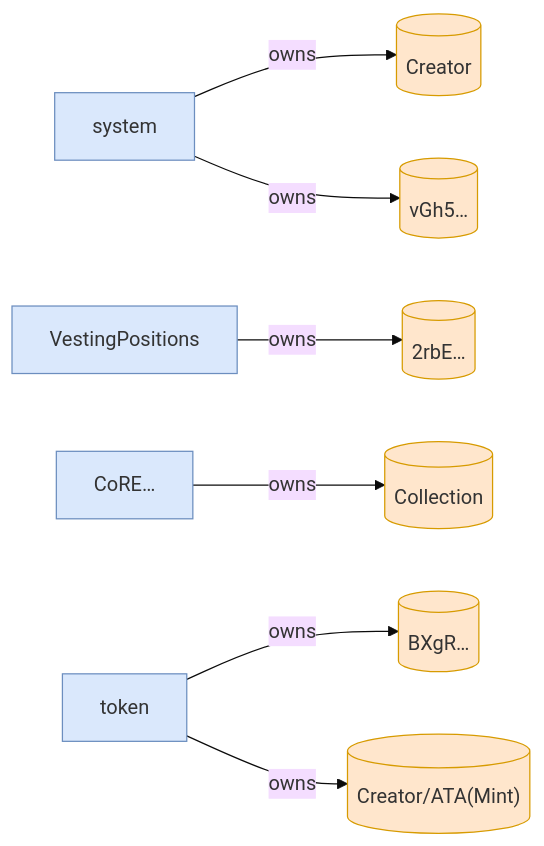
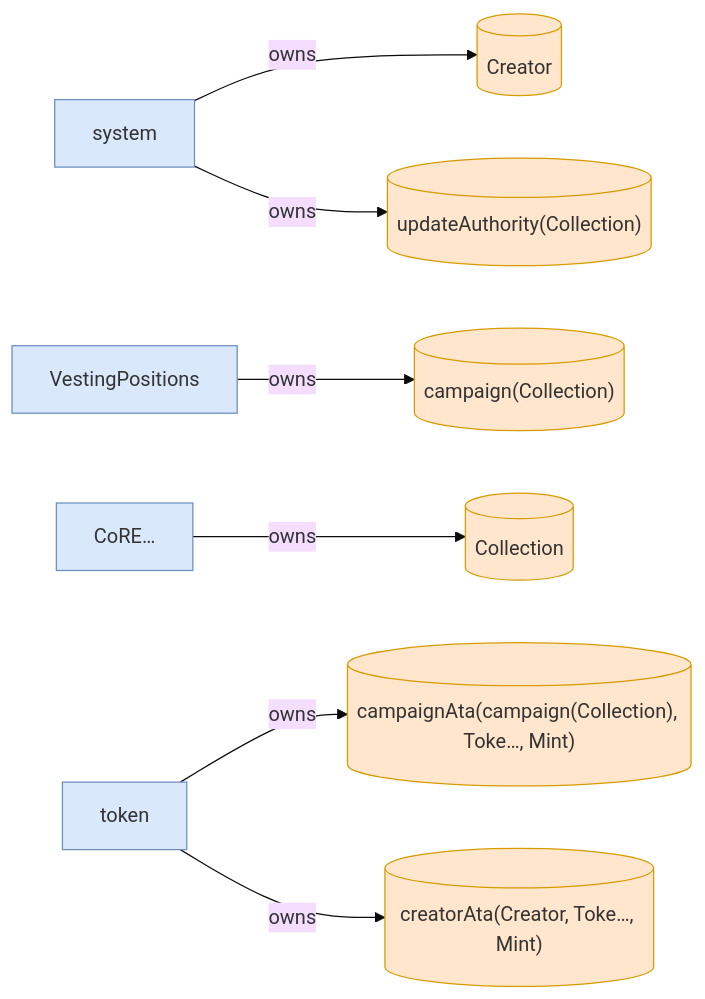
Before and after one commit to cds-turbin3/vesting-position: the ninth of 9 diagrams in babelfish-tests/test-report/cancel_campaign_fails_after_first_claim.md, drawn with Mermaid (base theme). The commit also changed other lines of this file and 51 other files, not shown here.

````diff
--- a/babelfish-tests/test-report/cancel_campaign_fails_after_first_claim.md
+++ b/babelfish-tests/test-report/cancel_campaign_fails_after_first_claim.md
@@ -421,22 +373,22 @@
 ```mermaid
 flowchart LR
     system["system"]:::program
     Creator[("Creator")]:::state
     VestingPositions["VestingPositions"]:::program
-    2rbE[("2rbE…")]:::state
+    campaignCollection[("campaign(Collection)")]:::state
     CoRE["CoRE…"]:::program
     Collection[("Collection")]:::state
-    vGh5[("vGh5…")]:::state
+    updateAuthorityCollection[("updateAuthority(Collection)")]:::state
     token["token"]:::program
-    BXgR[("BXgR…")]:::state
-    CreatorATAMint[("Creator/ATA(Mint)")]:::state
+    campaignAtacampaignCollectionTokeMint[("campaignAta(campaign(Collection), Toke…, Mint)")]:::state
+    creatorAtaCreatorTokeMint[("creatorAta(Creator, Toke…, Mint)")]:::state
     system -->|owns| Creator
-    VestingPositions -->|owns| 2rbE
+    VestingPositions -->|owns| campaignCollection
     CoRE -->|owns| Collection
-    system -->|owns| vGh5
-    token -->|owns| BXgR
-    token -->|owns| CreatorATAMint
+    system -->|owns| updateAuthorityCollection
+    token -->|owns| campaignAtacampaignCollectionTokeMint
+    token -->|owns| creatorAtaCreatorTokeMint
     classDef program fill:#dae8fc,stroke:#6c8ebf;
     classDef signer fill:#d5e8d4,stroke:#82b366;
     classDef state fill:#ffe6cc,stroke:#d79b00;
 ```
````
